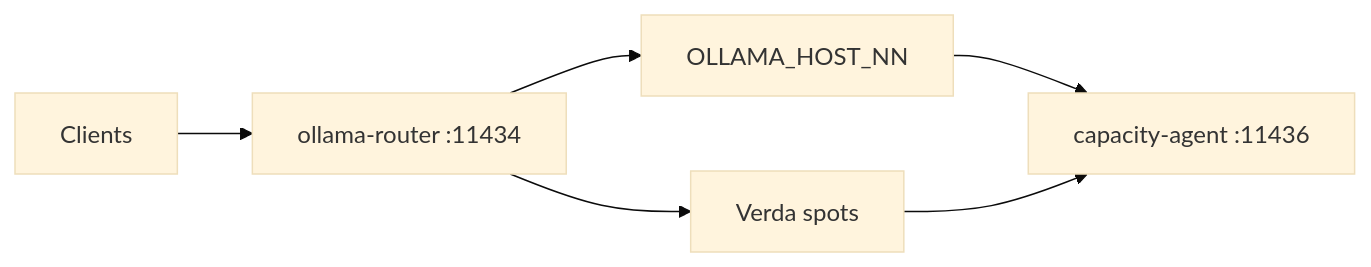
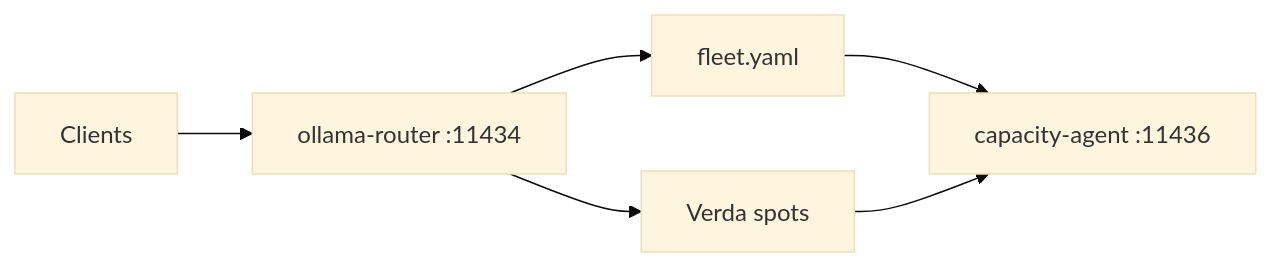
Before and after one commit to miguelenes/ollama-router: the diagram in README.md, drawn with Mermaid (base theme). The commit also changed other lines of this file and 45 other files, not shown here.

First line of the commit message:
Refactor ollama-router to support mixed CPU+GPU fleet proxy and introduce ollama-mock for local development.

````diff
--- a/README.md
+++ b/README.md
@@ -53,8 +53,8 @@
 ```mermaid
 flowchart LR
   clients[Clients] --> router["ollama-router :11434"]
-  router --> envHosts[OLLAMA_HOST_NN]
+  router --> fleetFile[fleet.yaml]
   router --> verda[Verda spots]
-  envHosts --> agent["capacity-agent :11436"]
+  fleetFile --> agent["capacity-agent :11436"]
   verda --> agent
 ```
````
